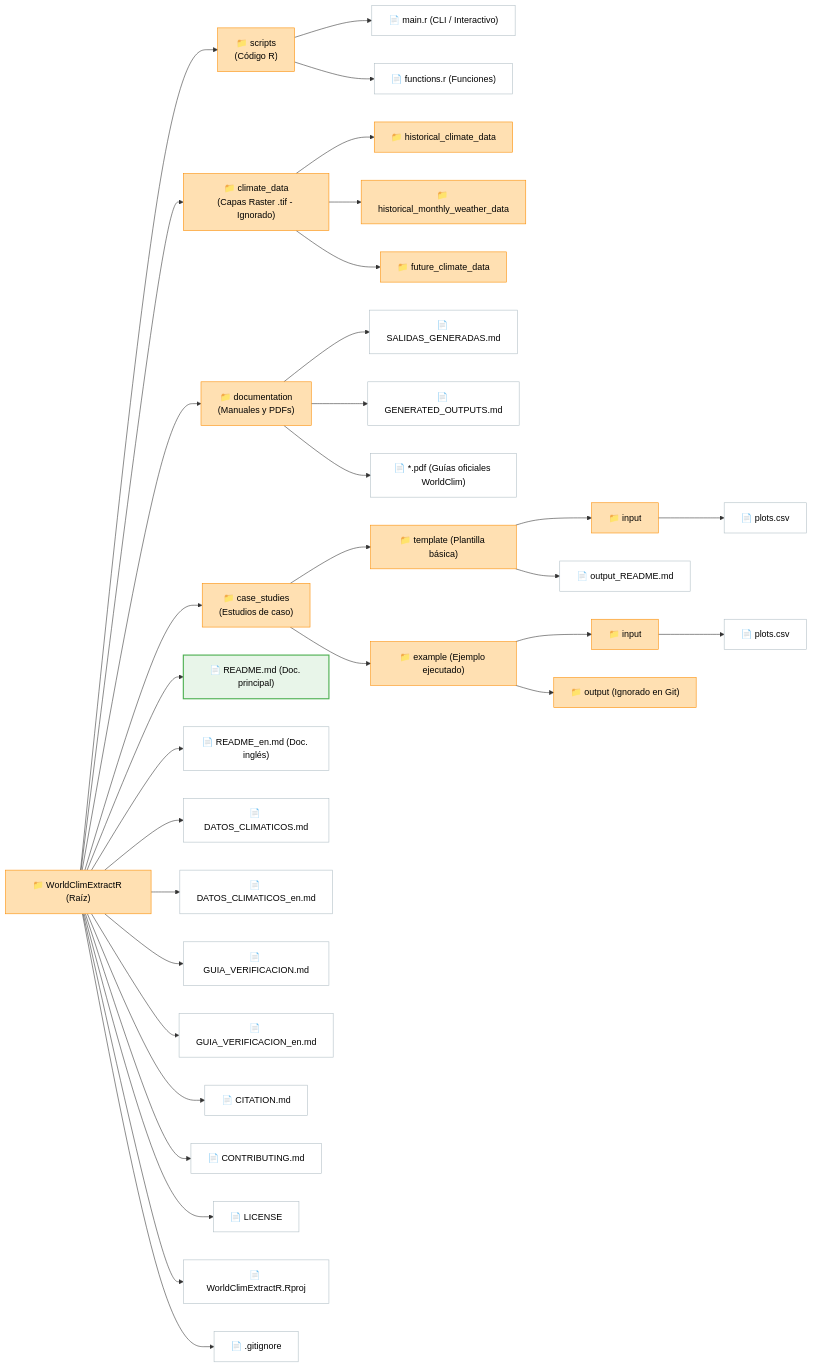
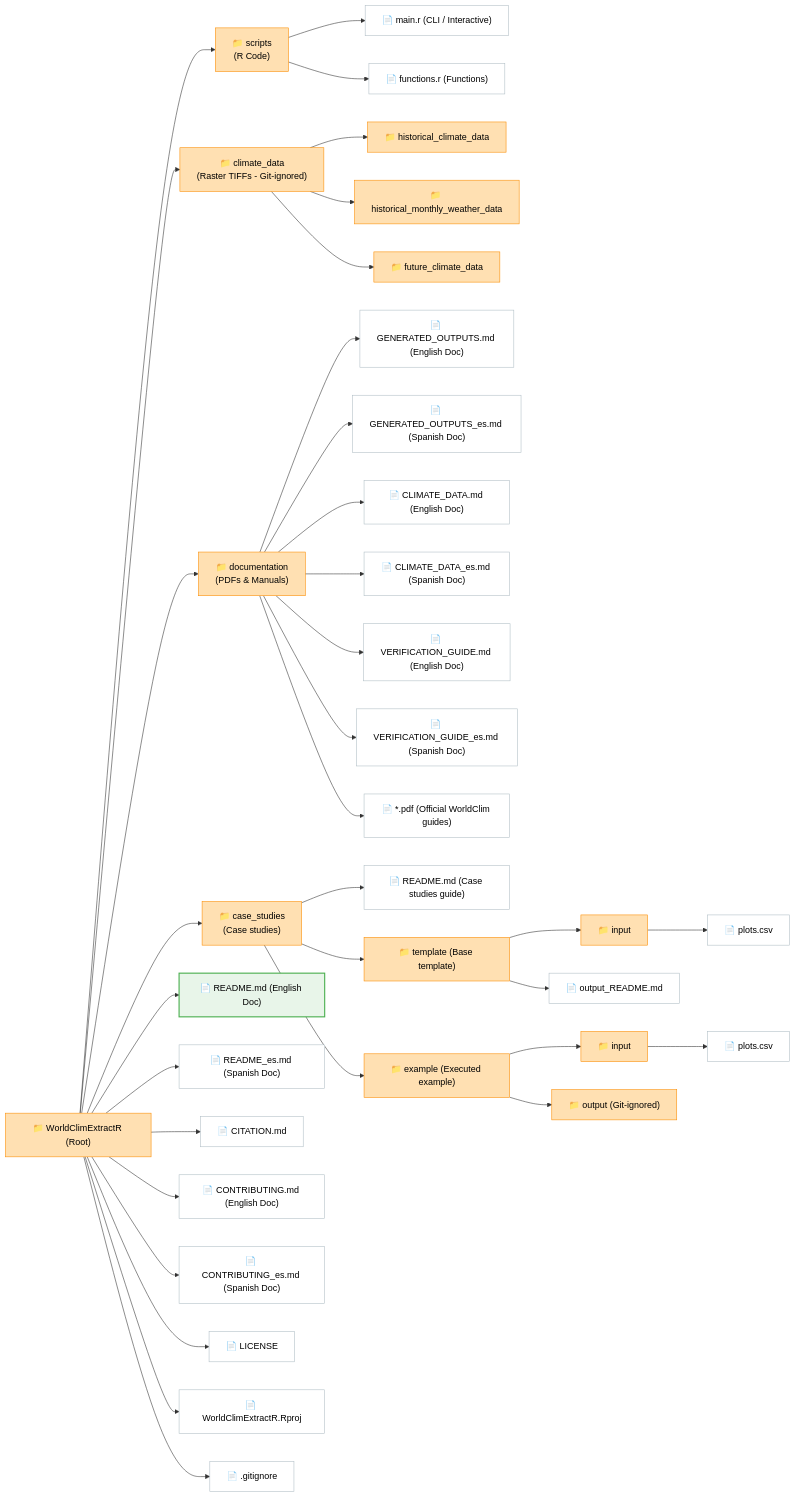
The diagram in README.md (aitorvv/WorldClimExtractR), drawn with Mermaid before and after one commit. The commit also changed other lines of this file and 13 other files, not shown here.

Commit message:
docs: standardize file names (EN default, _es) and reorganize case_studies

````diff
--- a/README.md
+++ b/README.md
@@ -111,56 +114,58 @@
 ```mermaid
 graph LR
-    %% Definición de estilos de nodos
+    %% Node style definitions
     classDef folder fill:#ffe0b2,stroke:#fb8c00,stroke-width:1px,color:#000000;
     classDef file fill:#ffffff,stroke:#b0bec5,stroke-width:1px,color:#000000;
     classDef mainFile fill:#e8f5e9,stroke:#4caf50,stroke-width:2px,color:#000000;
     
-    Root["📁 WorldClimExtractR (Raíz)"]:::folder
+    Root["📁 WorldClimExtractR (Root)"]:::folder
     
-    %% Carpetas principales
-    Root --> DirScripts["📁 scripts<br>(Código R)"]:::folder
-    Root --> DirData["📁 climate_data<br>(Capas Raster .tif - Ignorado)"]:::folder
-    Root --> DirDoc["📁 documentation<br>(Manuales y PDFs)"]:::folder
-    Root --> DirCases["📁 case_studies<br>(Estudios de caso)"]:::folder
+    %% Main folders
+    Root --> DirScripts["📁 scripts<br>(R Code)"]:::folder
+    Root --> DirData["📁 climate_data<br>(Raster TIFFs - Git-ignored)"]:::folder
+    Root --> DirDoc["📁 documentation<br>(PDFs & Manuals)"]:::folder
+    Root --> DirCases["📁 case_studies<br>(Case studies)"]:::folder
     
-    %% Archivos en la raíz
-    Root --> ReadmeEs["📄 README.md (Doc. principal)"]:::mainFile
-    Root --> ReadmeEn["📄 README_en.md (Doc. inglés)"]:::file
-    Root --> DatosCliEs["📄 DATOS_CLIMATICOS.md"]:::file
-    Root --> DatosCliEn["📄 DATOS_CLIMATICOS_en.md"]:::file
-    Root --> GuiaVerEs["📄 GUIA_VERIFICACION.md"]:::file
-    Root --> GuiaVerEn["📄 GUIA_VERIFICACION_en.md"]:::file
+    %% Root files
+    Root --> ReadmeEn["📄 README.md (English Doc)"]:::mainFile
+    Root --> ReadmeEs["📄 README_es.md (Spanish Doc)"]:::file
     Root --> Cit["📄 CITATION.md"]:::file
-    Root --> Cont["📄 CONTRIBUTING.md"]:::file
+    Root --> Cont["📄 CONTRIBUTING.md (English Doc)"]:::file
+    Root --> ContEs["📄 CONTRIBUTING_es.md (Spanish Doc)"]:::file
     Root --> Lic["📄 LICENSE"]:::file
     Root --> Proj["📄 WorldClimExtractR.Rproj"]:::file
     Root --> Gitignore["📄 .gitignore"]:::file
     
-    %% Subestructura de scripts
-    DirScripts --> ScriptMain["📄 main.r (CLI / Interactivo)"]:::file
-    DirScripts --> ScriptFuncs["📄 functions.r (Funciones)"]:::file
+    %% scripts/
+    DirScripts --> ScriptMain["📄 main.r (CLI / Interactive)"]:::file
+    DirScripts --> ScriptFuncs["📄 functions.r (Functions)"]:::file
     
-    %% Subestructura de climate_data
+    %% climate_data/
     DirData --> DataHist["📁 historical_climate_data"]:::folder
     DirData --> DataMonthly["📁 historical_monthly_weather_data"]:::folder
     DirData --> DataFuture["📁 future_climate_data"]:::folder
     
-    %% Subestructura de documentation
-    DirDoc --> DocGenEs["📄 SALIDAS_GENERADAS.md"]:::file
-    DirDoc --> DocGenEn["📄 GENERATED_OUTPUTS.md"]:::file
-    DirDoc --> DocPdfs["📄 *.pdf (Guías oficiales WorldClim)"]:::file
+    %% documentation/
+    DirDoc --> DocGenEn["📄 GENERATED_OUTPUTS.md (English Doc)"]:::file
+    DirDoc --> DocGenEs["📄 GENERATED_OUTPUTS_es.md (Spanish Doc)"]:::file
+    DirDoc --> DatosCliEn["📄 CLIMATE_DATA.md (English Doc)"]:::file
+    DirDoc --> DatosCliEs["📄 CLIMATE_DATA_es.md (Spanish Doc)"]:::file
+    DirDoc --> GuiaVerEn["📄 VERIFICATION_GUIDE.md (English Doc)"]:::file
+    DirDoc --> GuiaVerEs["📄 VERIFICATION_GUIDE_es.md (Spanish Doc)"]:::file
+    DirDoc --> DocPdfs["📄 *.pdf (Official WorldClim guides)"]:::file
     
-    %% Subestructura de case_studies
-    DirCases --> CaseTempl["📁 template (Plantilla básica)"]:::folder
-    DirCases --> CaseEx["📁 example (Ejemplo ejecutado)"]:::folder
+    %% case_studies/
+    DirCases --> CaseReadme["📄 README.md (Case studies guide)"]:::file
+    DirCases --> CaseTempl["📁 template (Base template)"]:::folder
+    DirCases --> CaseEx["📁 example (Executed example)"]:::folder
     
-    %% template
+    %% template/
     CaseTempl --> TemplInput["📁 input"]:::folder
     CaseTempl --> TemplReadme["📄 output_README.md"]:::file
     TemplInput --> TemplPlots["📄 plots.csv"]:::file
     
-    %% example
+    %% example/
     CaseEx --> ExInput["📁 input"]:::folder
-    CaseEx --> ExOutput["📁 output (Ignorado en Git)"]:::folder
+    CaseEx --> ExOutput["📁 output (Git-ignored)"]:::folder
     ExInput --> ExPlots["📄 plots.csv"]:::file
 ```
````
